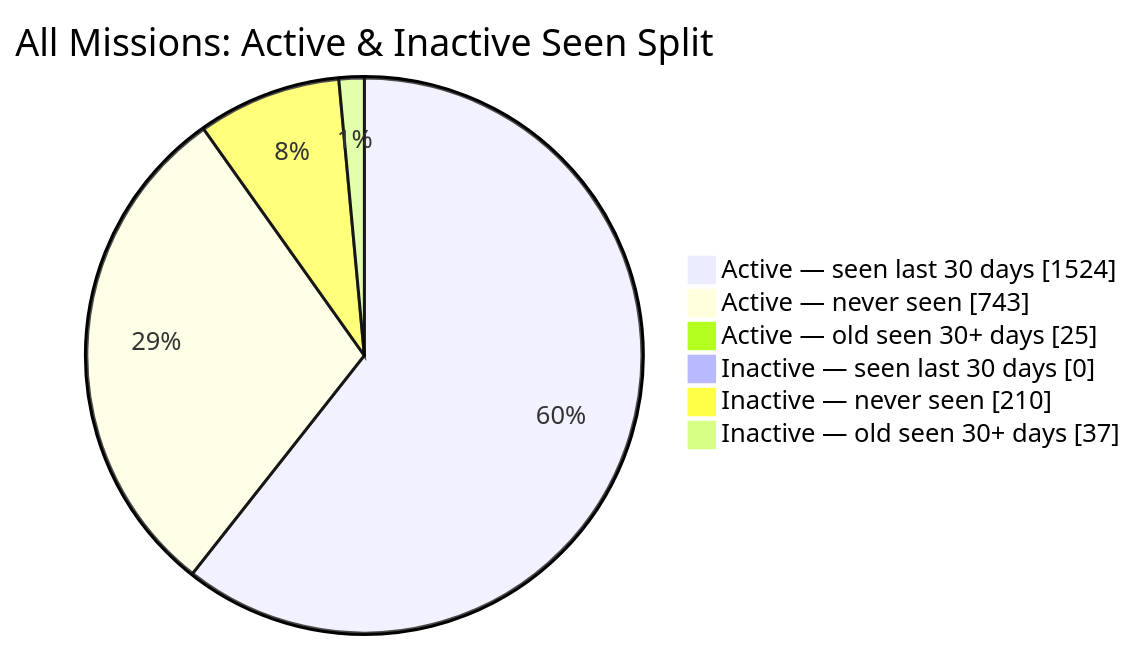
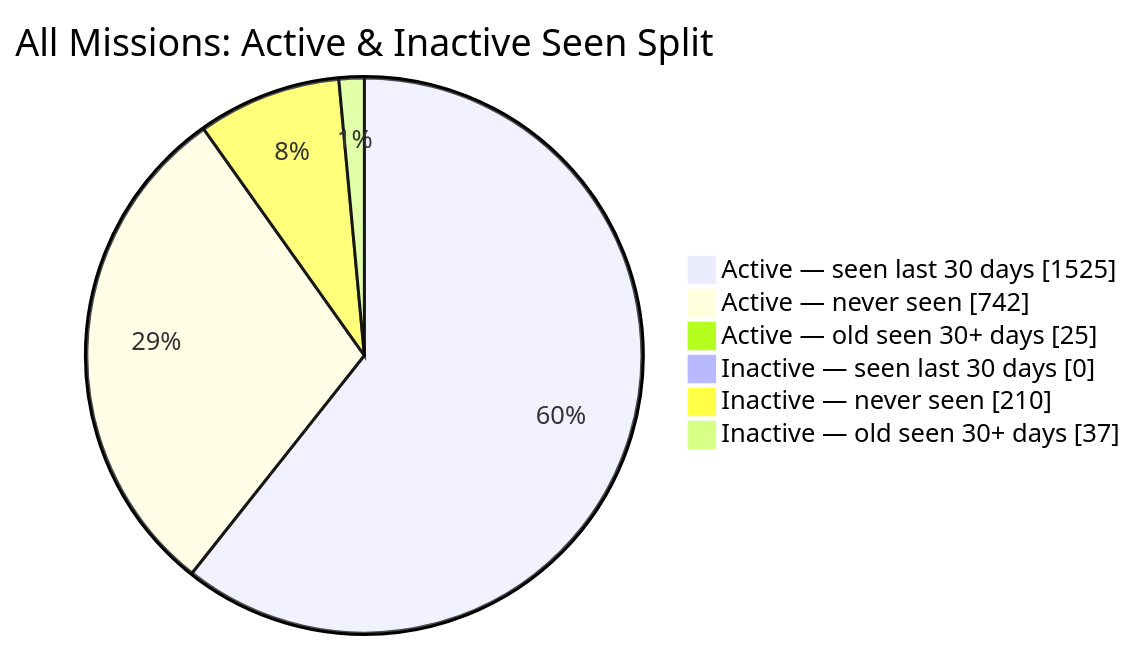
One commit to MeldkamerspelGameTeam/active-missions changed the second of 2 diagrams in README.md. Above: the diagram before and after it, drawn with Mermaid. The commit also changed other lines of this file and 2 other files, not shown here.

````diff
--- a/README.md
+++ b/README.md
@@ -44,10 +44,10 @@
 ```mermaid
 pie showData
     title All Missions: Active & Inactive Seen Split
-    "Active — seen last 30 days" : 1524
-    "Active — never seen" : 743
+    "Active — seen last 30 days" : 1525
+    "Active — never seen" : 742
     "Active — old seen 30+ days" : 25
     "Inactive — seen last 30 days" : 0
     "Inactive — never seen" : 210
     "Inactive — old seen 30+ days" : 37
 ```
````
